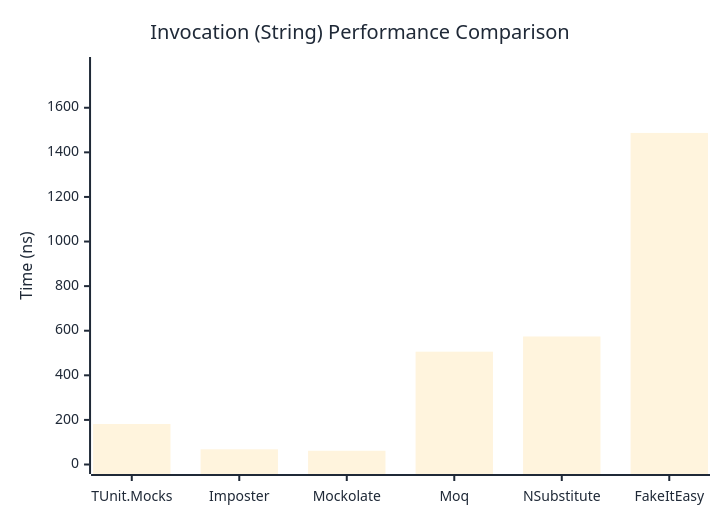
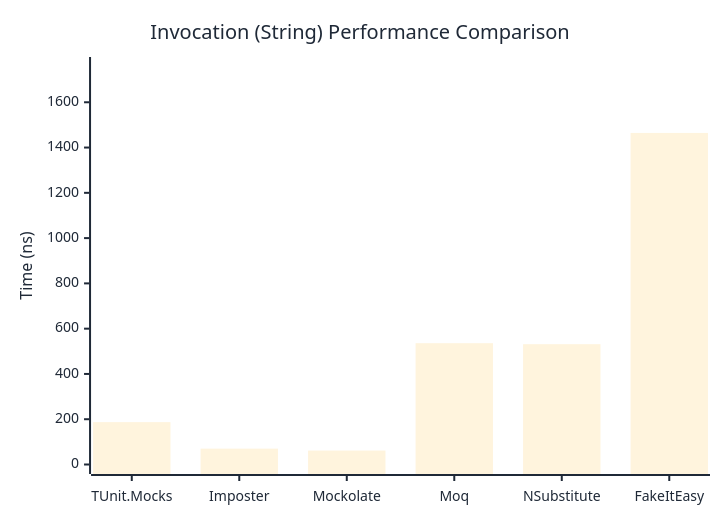
The second of 3 diagrams in docs/docs/benchmarks/mocks/Invocation.md (thomhurst/TUnit), drawn with Mermaid before and after one commit. The commit also changed other lines of this file and 14 other files, not shown here.

````diff
--- a/docs/docs/benchmarks/mocks/Invocation.md
+++ b/docs/docs/benchmarks/mocks/Invocation.md
@@ -71,27 +71,27 @@
 ```mermaid
 %%{init: {
   'theme':'base',
   'themeVariables': {
     'primaryColor': '#2563eb',
     'primaryTextColor': '#1f2937',
     'primaryBorderColor': '#1e40af',
     'lineColor': '#6b7280',
     'secondaryColor': '#7c3aed',
     'tertiaryColor': '#dc2626',
     'background': '#ffffff',
     'pie1': '#2563eb',
     'pie2': '#7c3aed',
     'pie3': '#dc2626',
     'pie4': '#f59e0b',
     'pie5': '#10b981',
     'pie6': '#06b6d4',
     'pie7': '#ec4899',
     'pie8': '#6366f1'
   }
 }}%%
 xychart-beta
   title "Invocation (String) Performance Comparison"
   x-axis ["TUnit.Mocks", "Imposter", "Mockolate", "Moq", "NSubstitute", "FakeItEasy"]
-  y-axis "Time (ns)" 0 --> 1785
-  bar [181.61, 68.2, 61.57, 505.97, 574.21, 1487.06]
+  y-axis "Time (ns)" 0 --> 1758
+  bar [187.12, 70.05, 61.54, 535.89, 531.44, 1464.53]
 ```
````
